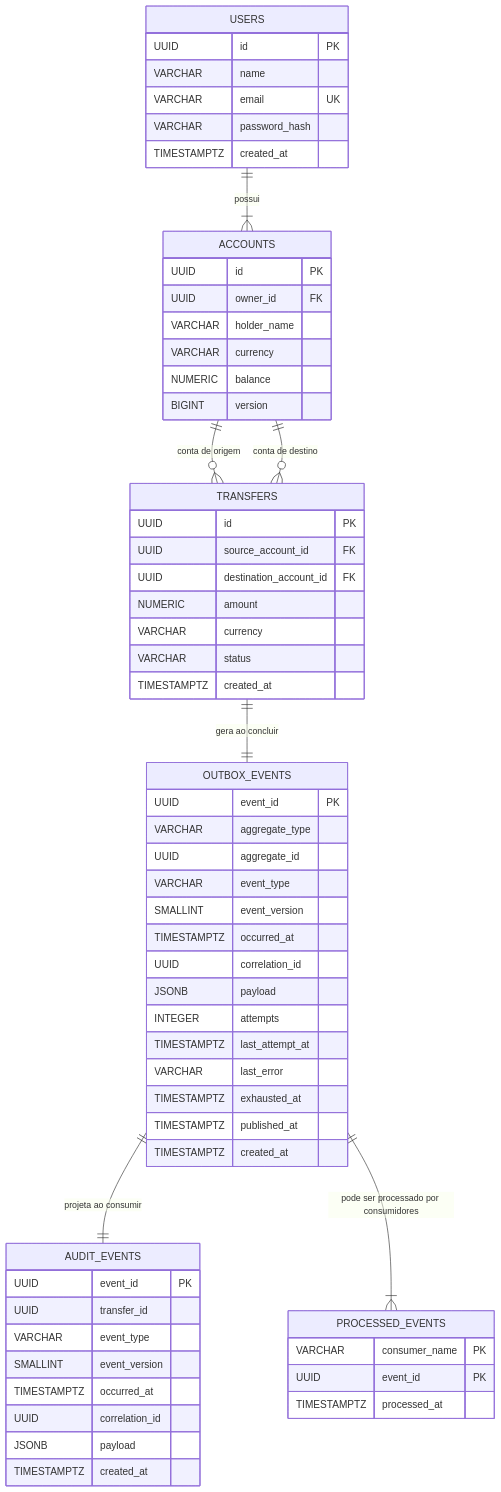
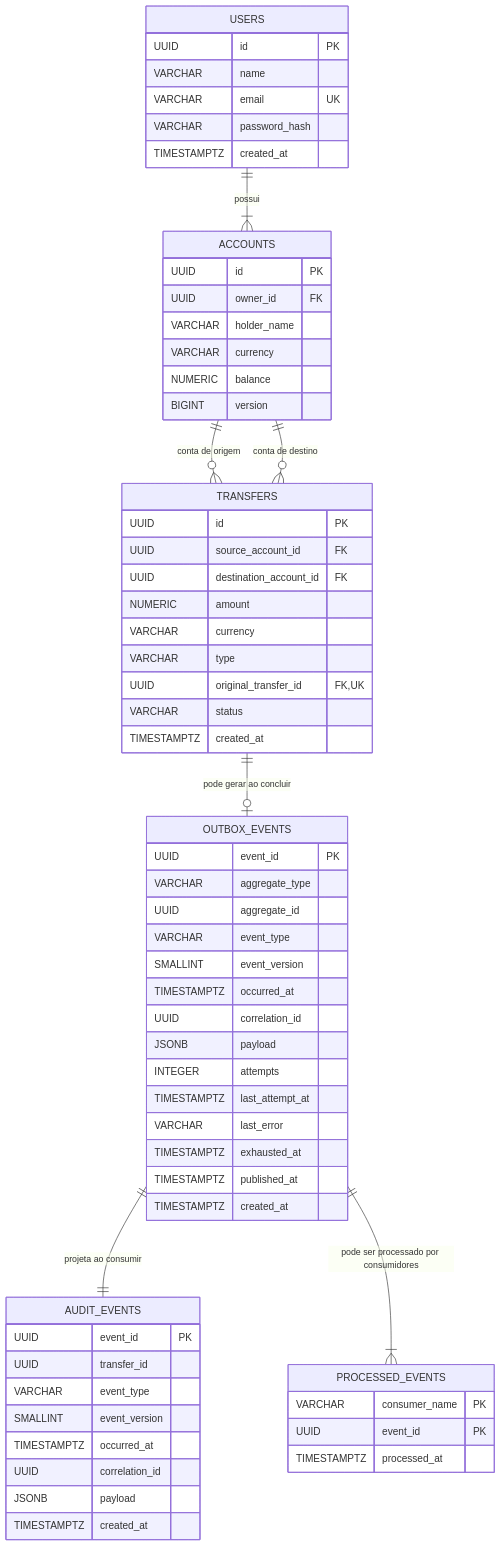
Before and after one commit to WilliamRochaJR/pay-flow: the second of 4 diagrams in docs/domain-model.md, drawn with Mermaid. The commit also changed other lines of this file and 14 other files, not shown here.

````diff
--- a/docs/domain-model.md
+++ b/docs/domain-model.md
@@ -197,70 +210,72 @@
 ```mermaid
 erDiagram
     USERS ||--|{ ACCOUNTS : possui
     ACCOUNTS ||--o{ TRANSFERS : "conta de origem"
     ACCOUNTS ||--o{ TRANSFERS : "conta de destino"
-    TRANSFERS ||--|| OUTBOX_EVENTS : "gera ao concluir"
+    TRANSFERS ||--o| OUTBOX_EVENTS : "pode gerar ao concluir"
     OUTBOX_EVENTS ||--|| AUDIT_EVENTS : "projeta ao consumir"
     OUTBOX_EVENTS ||--|{ PROCESSED_EVENTS : "pode ser processado por consumidores"
 
     ACCOUNTS {
         UUID id PK
         UUID owner_id FK
         VARCHAR holder_name
         VARCHAR currency
         NUMERIC balance
         BIGINT version
     }
 
     USERS {
         UUID id PK
         VARCHAR name
         VARCHAR email UK
         VARCHAR password_hash
         TIMESTAMPTZ created_at
     }
 
     TRANSFERS {
         UUID id PK
         UUID source_account_id FK
         UUID destination_account_id FK
         NUMERIC amount
         VARCHAR currency
+        VARCHAR type
+        UUID original_transfer_id FK,UK
         VARCHAR status
         TIMESTAMPTZ created_at
     }
 
     OUTBOX_EVENTS {
         UUID event_id PK
         VARCHAR aggregate_type
         UUID aggregate_id
         VARCHAR event_type
         SMALLINT event_version
         TIMESTAMPTZ occurred_at
         UUID correlation_id
         JSONB payload
         INTEGER attempts
         TIMESTAMPTZ last_attempt_at
         VARCHAR last_error
         TIMESTAMPTZ exhausted_at
         TIMESTAMPTZ published_at
         TIMESTAMPTZ created_at
     }
 
     PROCESSED_EVENTS {
         VARCHAR consumer_name PK
         UUID event_id PK
         TIMESTAMPTZ processed_at
     }
 
     AUDIT_EVENTS {
         UUID event_id PK
         UUID transfer_id
         VARCHAR event_type
         SMALLINT event_version
         TIMESTAMPTZ occurred_at
         UUID correlation_id
         JSONB payload
         TIMESTAMPTZ created_at
     }
 ```
````
